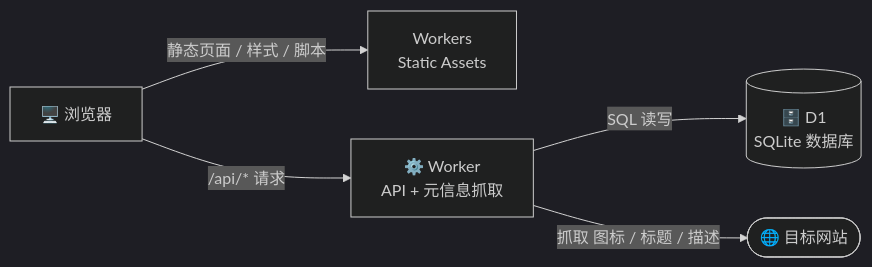
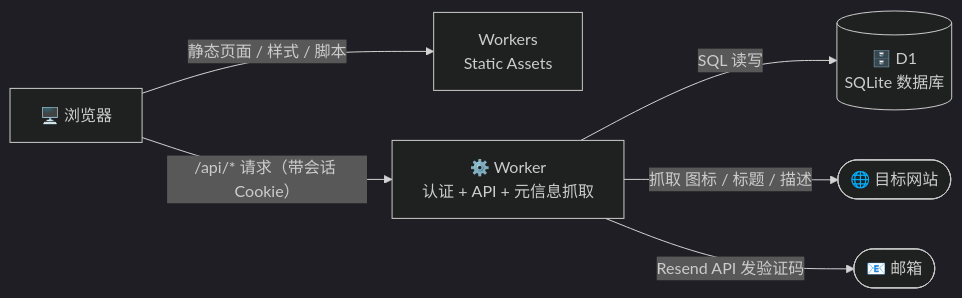
The diagram in README.md (junwindxqw/cloudflare_web_bookmark), drawn with Mermaid (dark theme) before and after one commit. The commit also changed other lines of this file and 10 other files, not shown here.

````diff
--- a/README.md
+++ b/README.md
@@ -33,7 +36,8 @@
 ```mermaid
 flowchart LR
     B["🖥️ 浏览器"] -->|"静态页面 / 样式 / 脚本"| A["Workers<br/>Static Assets"]
-    B -->|"/api/* 请求"| W["⚙️ Worker<br/>API + 元信息抓取"]
+    B -->|"/api/* 请求（带会话 Cookie）"| W["⚙️ Worker<br/>认证 + API + 元信息抓取"]
     W -->|SQL 读写| D[("🗄️ D1<br/>SQLite 数据库")]
     W -->|"抓取 图标 / 标题 / 描述"| I(["🌐 目标网站"])
+    W -->|"Resend API 发验证码"| E(["📧 邮箱"])
 ```
````
